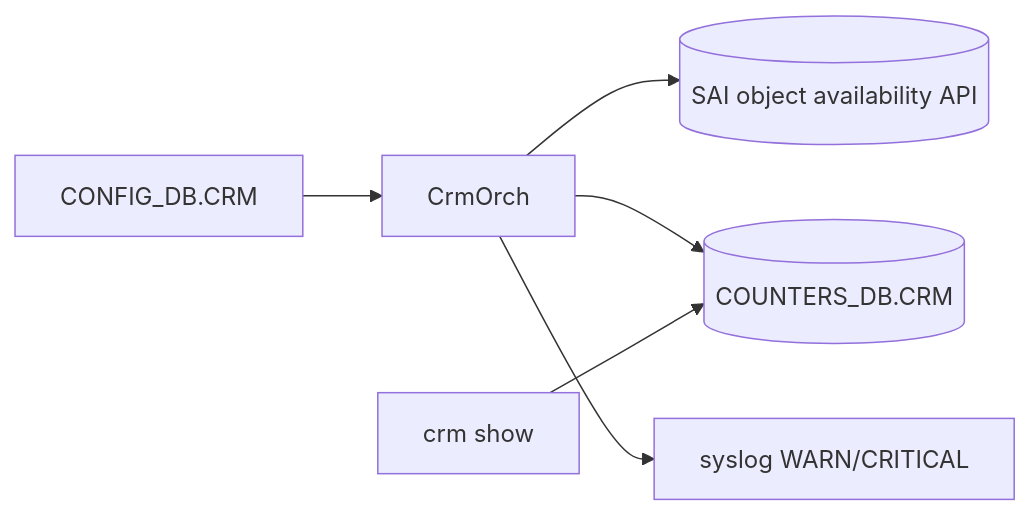
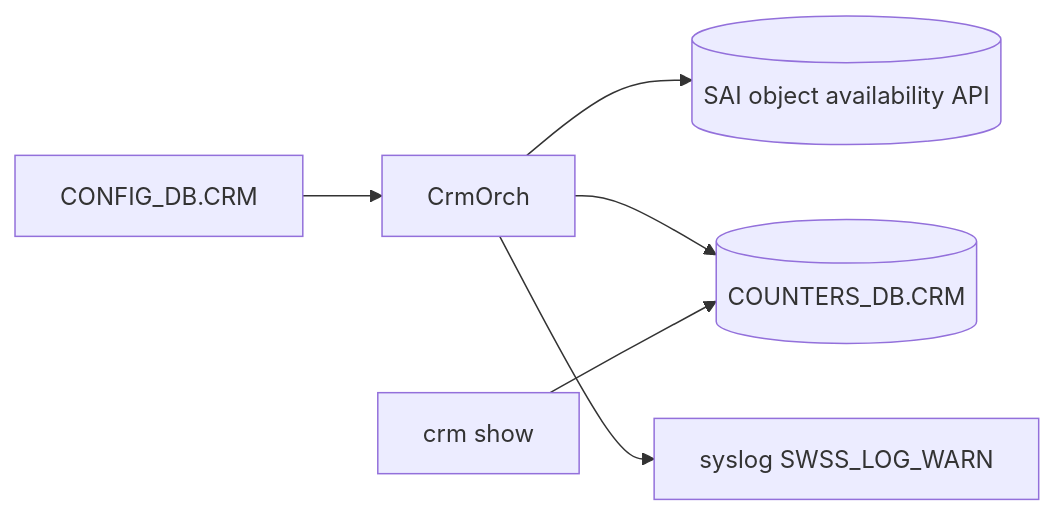
Before and after one commit to aoki-taquan/sonic-unofficial-docs: the diagram in docs/system/critical-resource-monitoring-in-sonic.md, drawn with Mermaid. The commit also changed other lines of this file and 25 other files, not shown here.

````diff
--- a/docs/system/critical-resource-monitoring-in-sonic.md
+++ b/docs/system/critical-resource-monitoring-in-sonic.md
@@ -50,8 +59,8 @@
 ```mermaid
 flowchart LR
     CFG[CONFIG_DB.CRM] --> CO[CrmOrch]
     CO --> SAI[(SAI object availability API)]
     CO --> CDB[(COUNTERS_DB.CRM)]
-    CO --> SYS[syslog WARN/CRITICAL]
+    CO --> SYS[syslog SWSS_LOG_WARN]
     CLI[crm show] --> CDB
 ```
````
